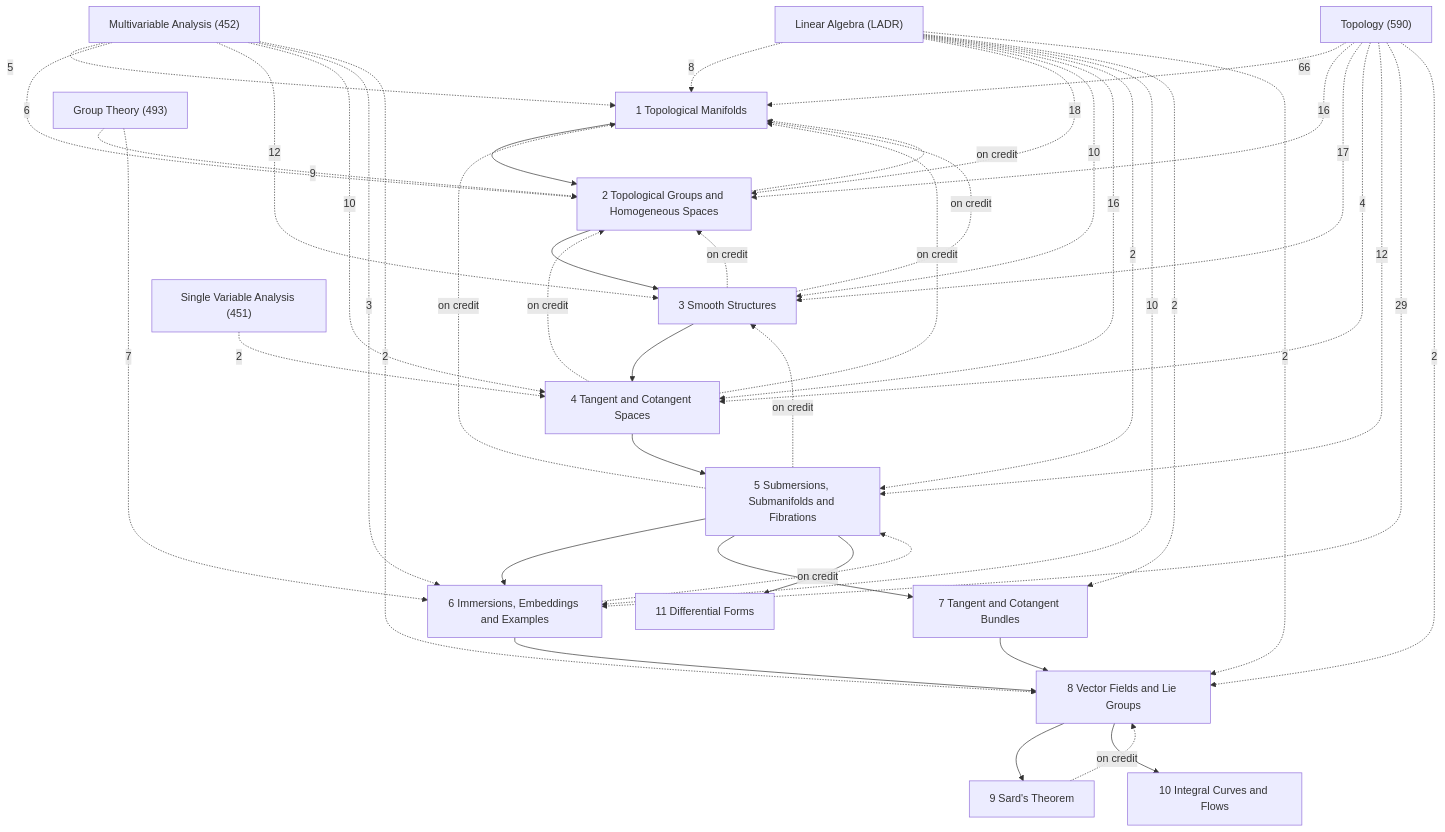
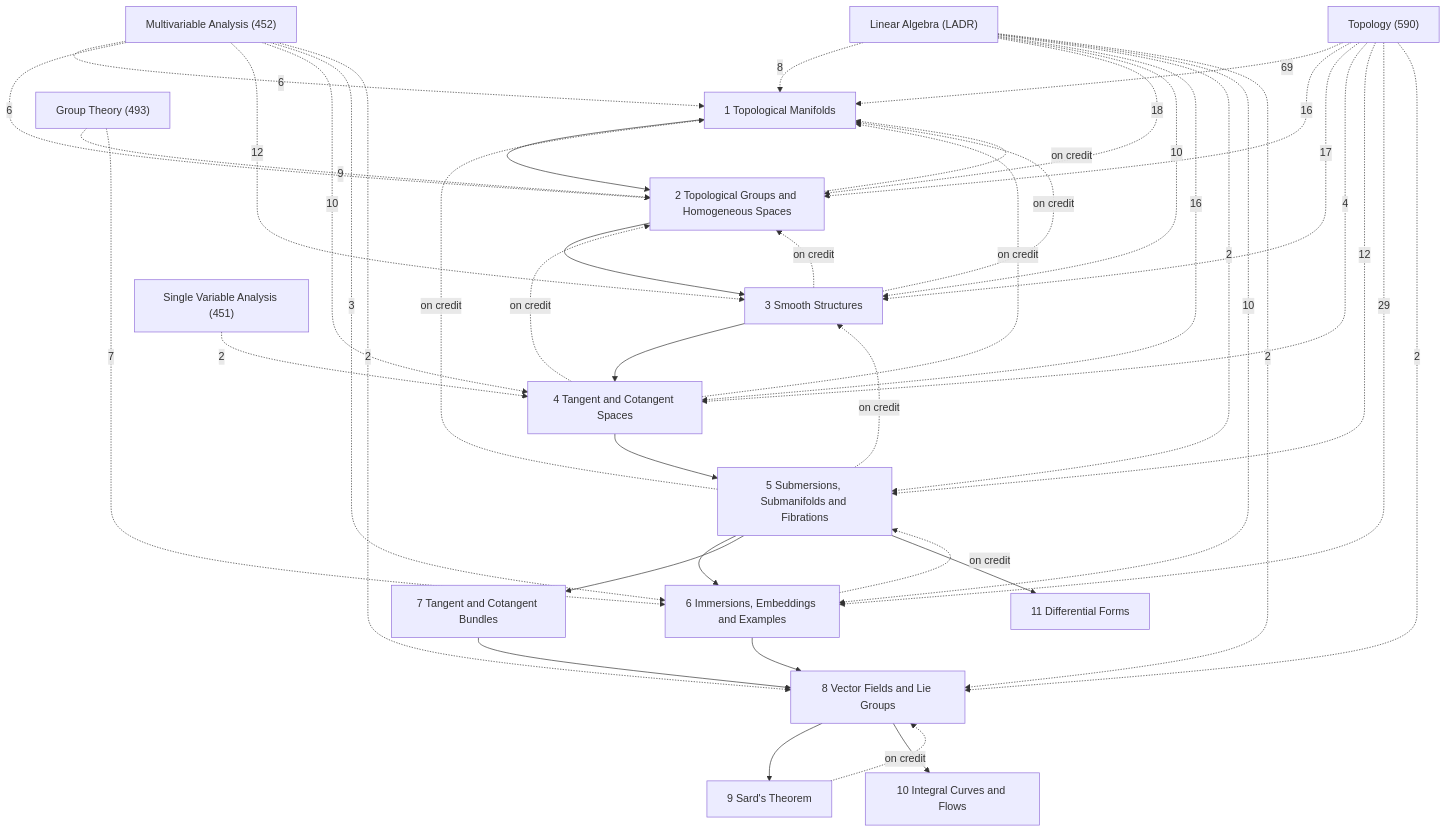
One commit to Onion20040508/notes changed the diagram in Math/Differentiable Manifolds/Differentiable Manifolds.md. Above: the diagram before and after it, drawn with Mermaid. The commit also changed other lines of this file and 250 other files, not shown here.

````diff
--- a/Math/Differentiable Manifolds/Differentiable Manifolds.md
+++ b/Math/Differentiable Manifolds/Differentiable Manifolds.md
@@ -27,63 +27,62 @@
 ```mermaid
 graph TD
   C1["1 Topological Manifolds"]
   C2["2 Topological Groups and Homogeneous Spaces"]
   C3["3 Smooth Structures"]
   C4["4 Tangent and Cotangent Spaces"]
   C5["5 Submersions, Submanifolds and Fibrations"]
   C6["6 Immersions, Embeddings and Examples"]
   C7["7 Tangent and Cotangent Bundles"]
   C8["8 Vector Fields and Lie Groups"]
   C9["9 Sard's Theorem"]
   C10["10 Integral Curves and Flows"]
   C11["11 Differential Forms"]
   X1["Topology (590)"]
   X2["Multivariable Analysis (452)"]
   X3["Linear Algebra (LADR)"]
   X4["Group Theory (493)"]
   X5["Single Variable Analysis (451)"]
   C1 --> C2
   C2 --> C3
   C3 --> C4
   C4 --> C5
   C5 --> C6
   C5 --> C7
   C5 --> C11
   C6 --> C8
   C7 --> C8
   C8 --> C9
   C8 --> C10
   C2 -.->|on credit| C1
   C3 -.->|on credit| C1
   C3 -.->|on credit| C2
   C4 -.->|on credit| C1
   C4 -.->|on credit| C2
   C5 -.->|on credit| C1
   C5 -.->|on credit| C3
   C6 -.->|on credit| C5
   C9 -.->|on credit| C8
   X4 -.->|9| C2
   X4 -.->|7| C6
   X3 -.->|8| C1
   X3 -.->|18| C2
   X3 -.->|10| C3
   X3 -.->|16| C4
   X3 -.->|2| C5
   X3 -.->|10| C6
-  X3 -.->|2| C7
   X3 -.->|2| C8
-  X2 -.->|5| C1
+  X2 -.->|6| C1
   X2 -.->|6| C2
   X2 -.->|12| C3
   X2 -.->|10| C4
   X2 -.->|3| C6
   X2 -.->|2| C8
   X5 -.->|2| C4
-  X1 -.->|66| C1
+  X1 -.->|69| C1
   X1 -.->|16| C2
   X1 -.->|17| C3
   X1 -.->|4| C4
   X1 -.->|12| C5
   X1 -.->|29| C6
   X1 -.->|2| C8
 ```
````
